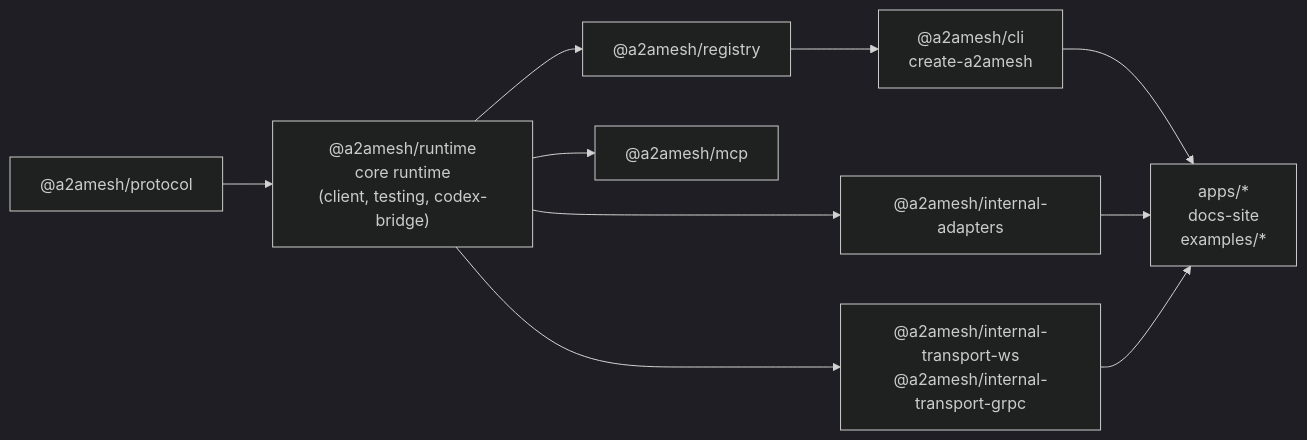
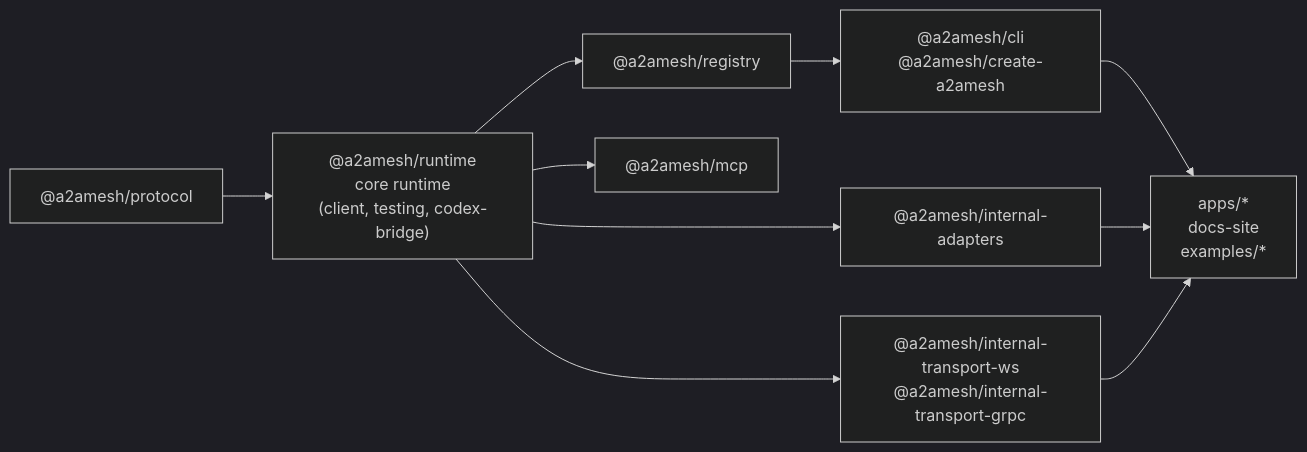
The first of 4 diagrams in docs/development/architecture.md (renovate-bot/oaslananka-_-a2amesh), drawn with Mermaid (dark theme) before and after one commit. The commit also changed other lines of this file and 15 other files, not shown here.

````diff
--- a/docs/development/architecture.md
+++ b/docs/development/architecture.md
@@ -21,21 +21,21 @@
 ```mermaid
 flowchart LR
   Schemas["@a2amesh/protocol"]
   Core["@a2amesh/runtime<br/>core runtime<br/>(client, testing, codex-bridge)"]
   Transports["@a2amesh/internal-transport-ws<br/>@a2amesh/internal-transport-grpc"]
   Registry["@a2amesh/registry"]
   Adapters["@a2amesh/internal-adapters"]
   Bridges["@a2amesh/mcp"]
-  Cli["@a2amesh/cli<br/>create-a2amesh"]
+  Cli["@a2amesh/cli<br/>@a2amesh/create-a2amesh"]
   Apps["apps/*<br/>docs-site<br/>examples/*"]
 
   Schemas --> Core
   Core --> Transports
   Core --> Registry
   Core --> Adapters
   Core --> Bridges
   Registry --> Cli
   Cli --> Apps
   Adapters --> Apps
   Transports --> Apps
 ```
````
